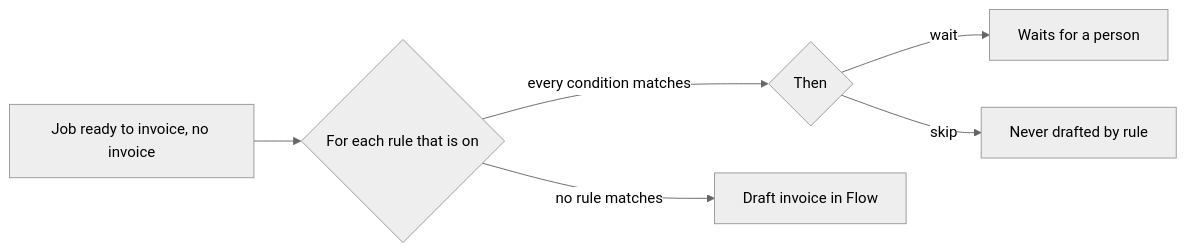
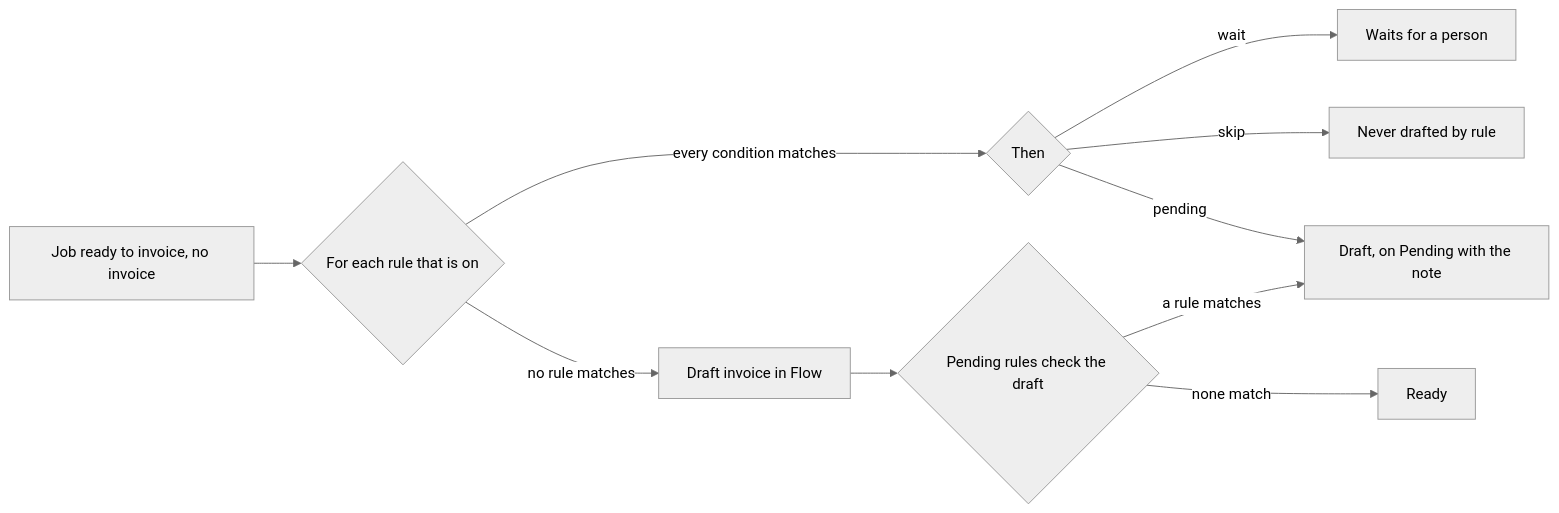
Before and after one commit to arcforgelabs/docs: the diagram in docs/flow/INVOICE_RULES.md, drawn with Mermaid (neutral theme). The commit also changed other lines of this file and 2 other files, not shown here.

Commit message:
chore(sync): mirror docs from arcforgelabs/flow@fa19b07394003fa6d35a45d0bede31eaa5d03d8e

````diff
--- a/docs/flow/INVOICE_RULES.md
+++ b/docs/flow/INVOICE_RULES.md
@@ -9,8 +9,12 @@
 ```mermaid
 flowchart LR
   ready[Job ready to invoice, no invoice] --> each{For each rule that is on}
   each -- every condition matches --> then{Then}
   then -- wait --> wait[Waits for a person]
   then -- skip --> skip[Never drafted by rule]
+  then -- pending --> flagged[Draft, on Pending with the note]
   each -- no rule matches --> draft[Draft invoice in Flow]
+  draft --> check{Pending rules check the draft}
+  check -- a rule matches --> flagged
+  check -- none match --> readyTab[Ready]
 ```
````
